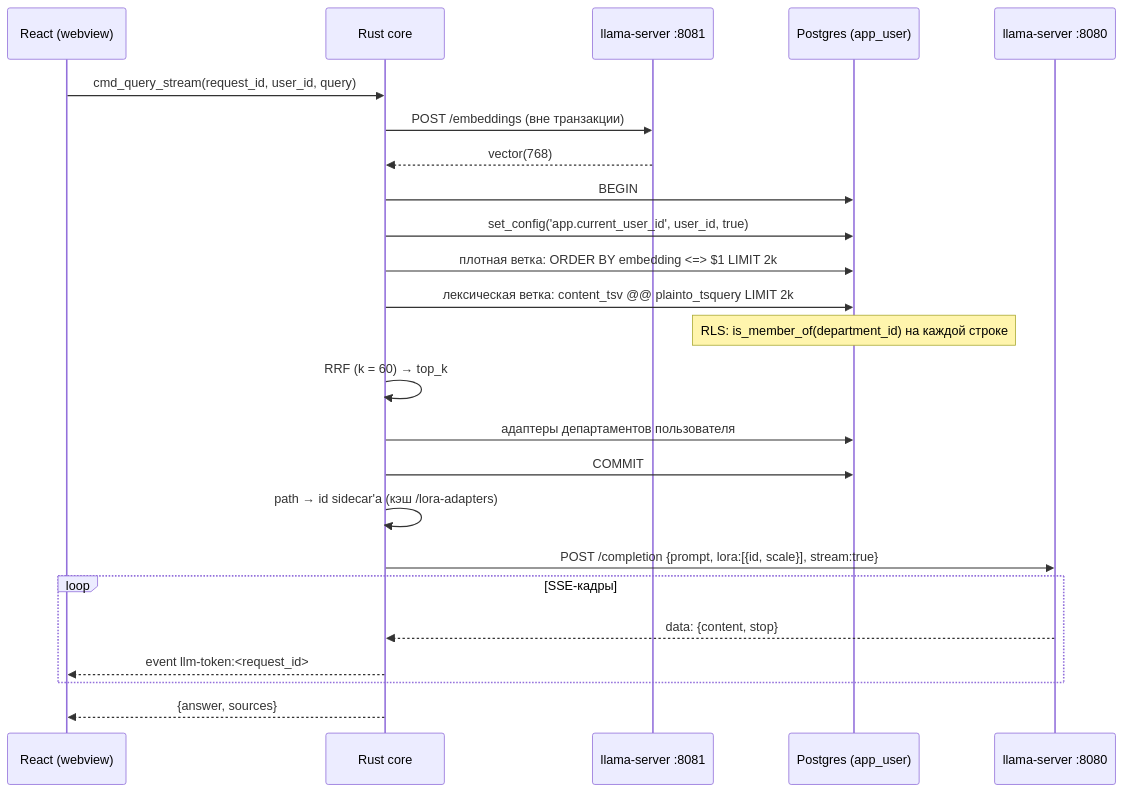
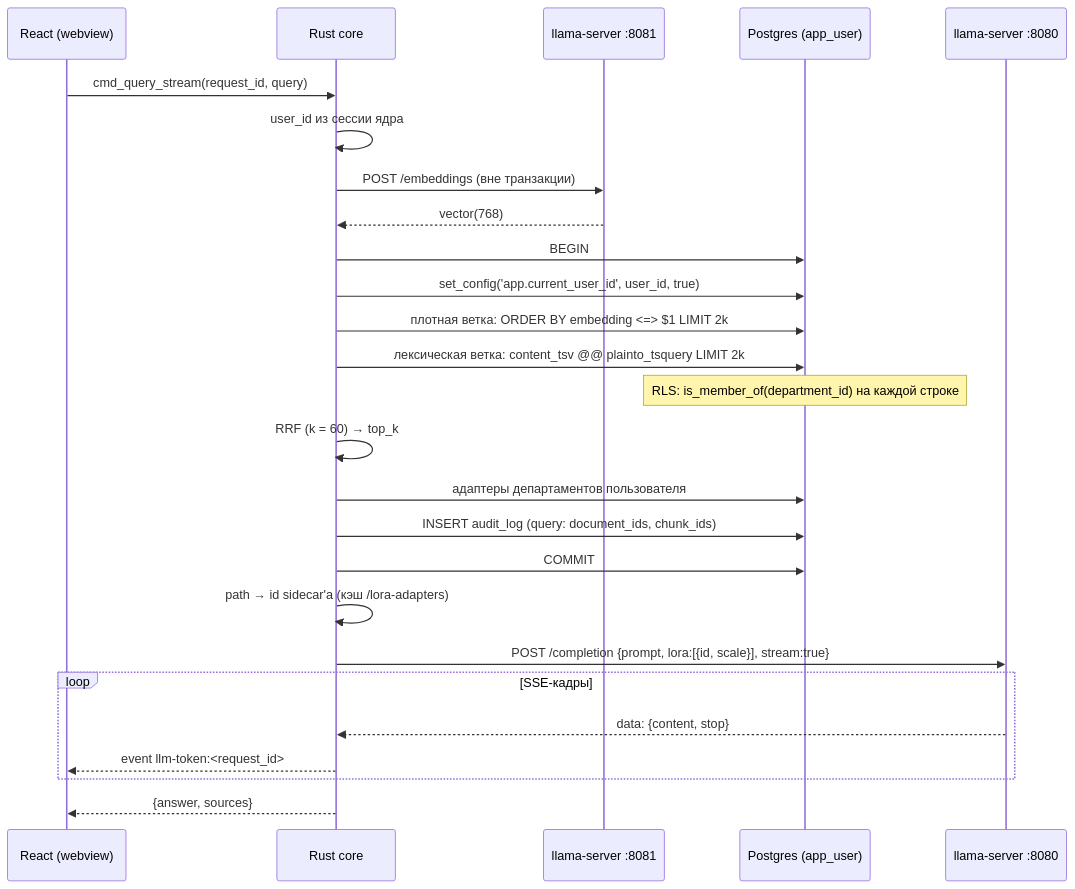
Before and after one commit to Vladee101/enclave: the second of 7 diagrams in Enclave — Design Document.md, drawn with Mermaid. The commit also changed other lines of this file and 9 other files, not shown here.

````diff
--- a/Enclave — Design Document.md
+++ b/Enclave — Design Document.md
@@ -244,27 +246,29 @@
 ```mermaid
 sequenceDiagram
   participant UI as React (webview)
   participant Core as Rust core
   participant Emb as llama-server :8081
   participant DB as Postgres (app_user)
   participant LLM as llama-server :8080
 
-  UI->>Core: cmd_query_stream(request_id, user_id, query)
+  UI->>Core: cmd_query_stream(request_id, query)
+  Core->>Core: user_id из сессии ядра
   Core->>Emb: POST /embeddings (вне транзакции)
   Emb-->>Core: vector(768)
   Core->>DB: BEGIN
   Core->>DB: set_config('app.current_user_id', user_id, true)
   Core->>DB: плотная ветка: ORDER BY embedding <=> $1 LIMIT 2k
   Core->>DB: лексическая ветка: content_tsv @@ plainto_tsquery LIMIT 2k
   Note over DB: RLS: is_member_of(department_id) на каждой строке
   Core->>Core: RRF (k = 60) → top_k
   Core->>DB: адаптеры департаментов пользователя
+  Core->>DB: INSERT audit_log (query: document_ids, chunk_ids)
   Core->>DB: COMMIT
   Core->>Core: path → id sidecar'а (кэш /lora-adapters)
   Core->>LLM: POST /completion {prompt, lora:[{id, scale}], stream:true}
   loop SSE-кадры
     LLM-->>Core: data: {content, stop}
     Core-->>UI: event llm-token:<request_id>
   end
   Core-->>UI: {answer, sources}
 ```
````
